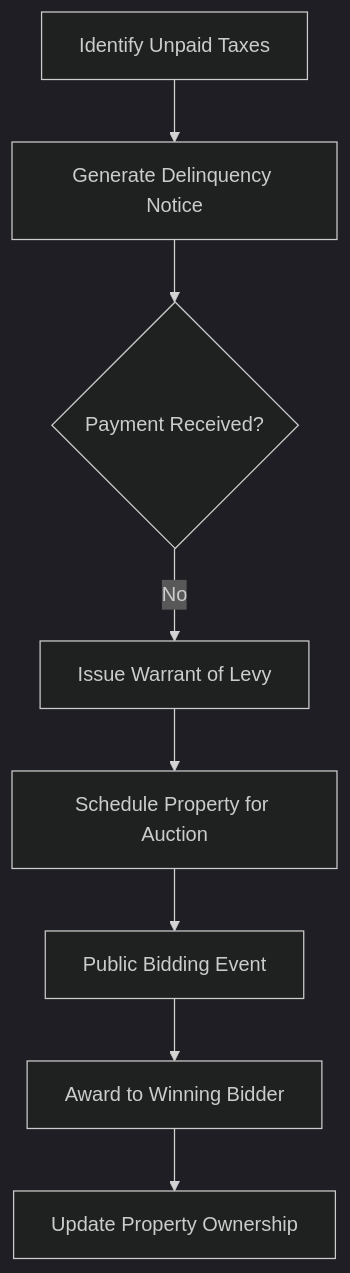
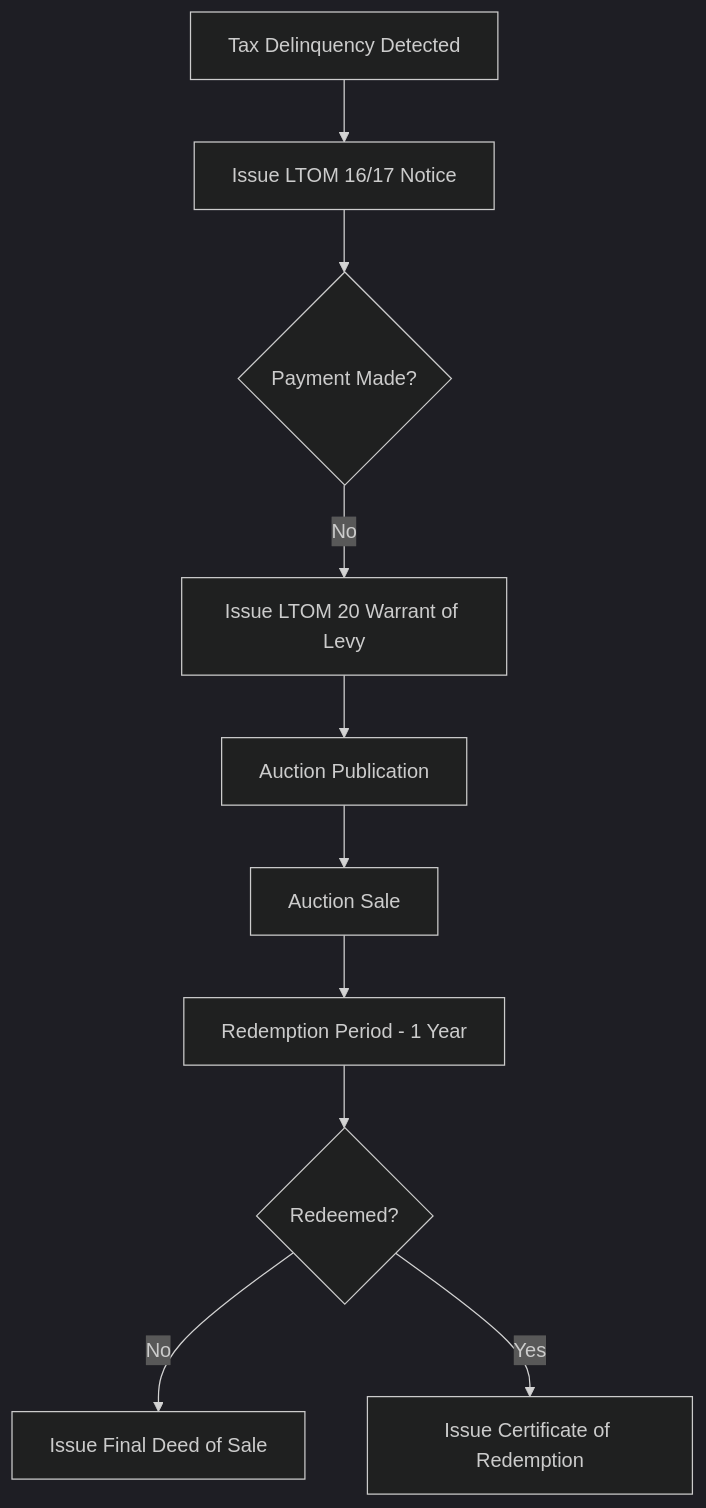
The second of 2 diagrams in FEATURE_DOCUMENTATION.md (JanreyCristuta/OmniGov), drawn with Mermaid (dark theme) before and after one commit. The commit also changed other lines of this file, not shown here.

````diff
--- a/FEATURE_DOCUMENTATION.md
+++ b/FEATURE_DOCUMENTATION.md
@@ -71,10 +121,12 @@
 ```mermaid
 graph TD
-    A[Identify Unpaid Taxes] --> B[Generate Delinquency Notice]
-    B --> C{Payment Received?}
-    C -- No --> D[Issue Warrant of Levy]
-    D --> E[Schedule Property for Auction]
-    E --> F[Public Bidding Event]
-    F --> G[Award to Winning Bidder]
-    G --> H[Update Property Ownership]
+    A[Tax Delinquency Detected] --> B[Issue LTOM 16/17 Notice]
+    B --> C{Payment Made?}
+    C -- No --> D[Issue LTOM 20 Warrant of Levy]
+    D --> E[Auction Publication]
+    E --> F[Auction Sale]
+    F --> G[Redemption Period - 1 Year]
+    G --> H{Redeemed?}
+    H -- No --> I[Issue Final Deed of Sale]
+    H -- Yes --> J[Issue Certificate of Redemption]
 ```
````
